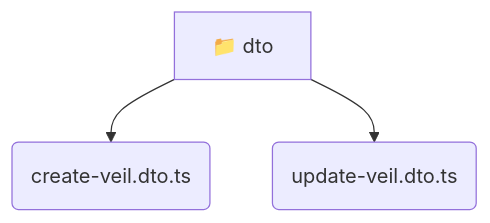
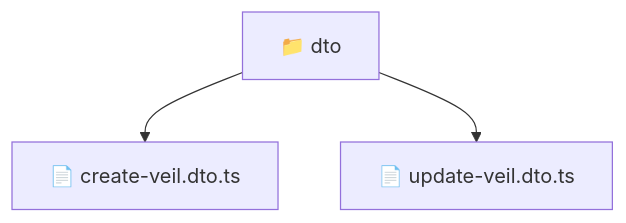
The diagram in backend/src/modules/veil/presentation/dto/README.md (beginwebdev2002/fullstack-mavluda), drawn with Mermaid before and after one commit. The commit also changed other lines of this file and 163 other files, not shown here.

````diff
--- a/backend/src/modules/veil/presentation/dto/README.md
+++ b/backend/src/modules/veil/presentation/dto/README.md
@@ -9,6 +10,6 @@
 ```mermaid
 graph TD
-  dto[📁 dto]
-  dto --> dto_create_veil_dto_ts(create-veil.dto.ts)
-  dto --> dto_update_veil_dto_ts(update-veil.dto.ts)
+  Root["📁 dto"]
+  Root --> createveildtots["📄 create-veil.dto.ts"]
+  Root --> updateveildtots["📄 update-veil.dto.ts"]
 ```
````
